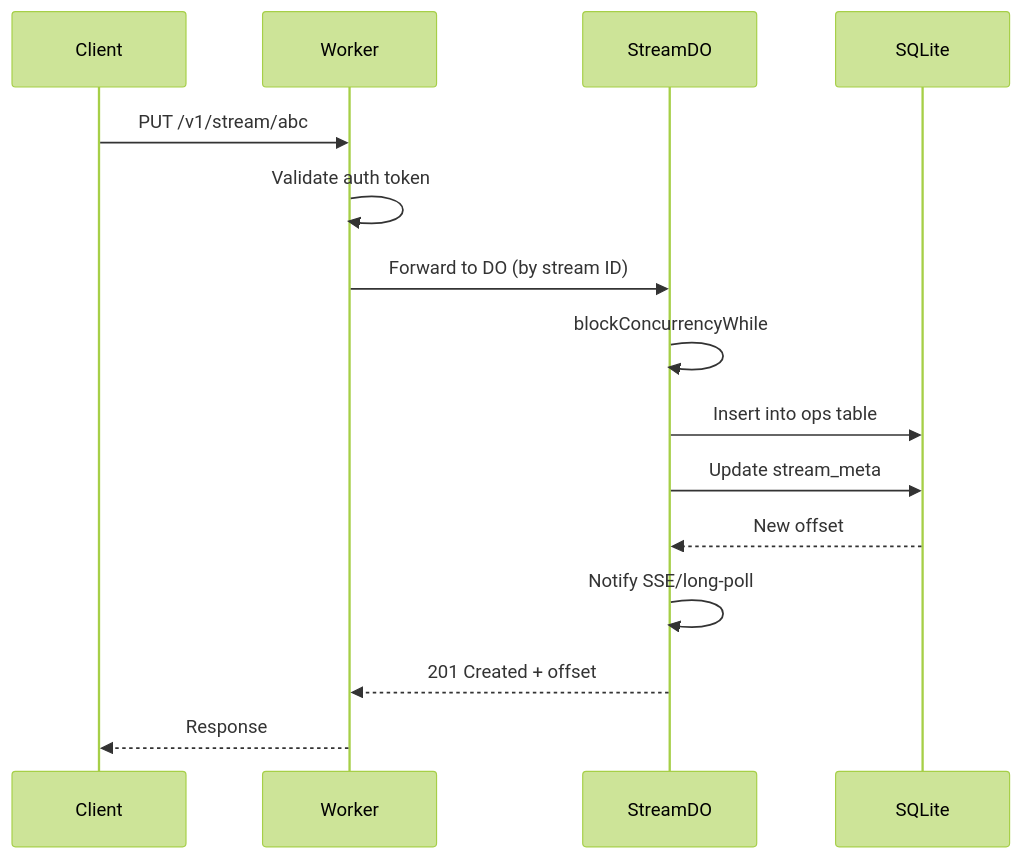
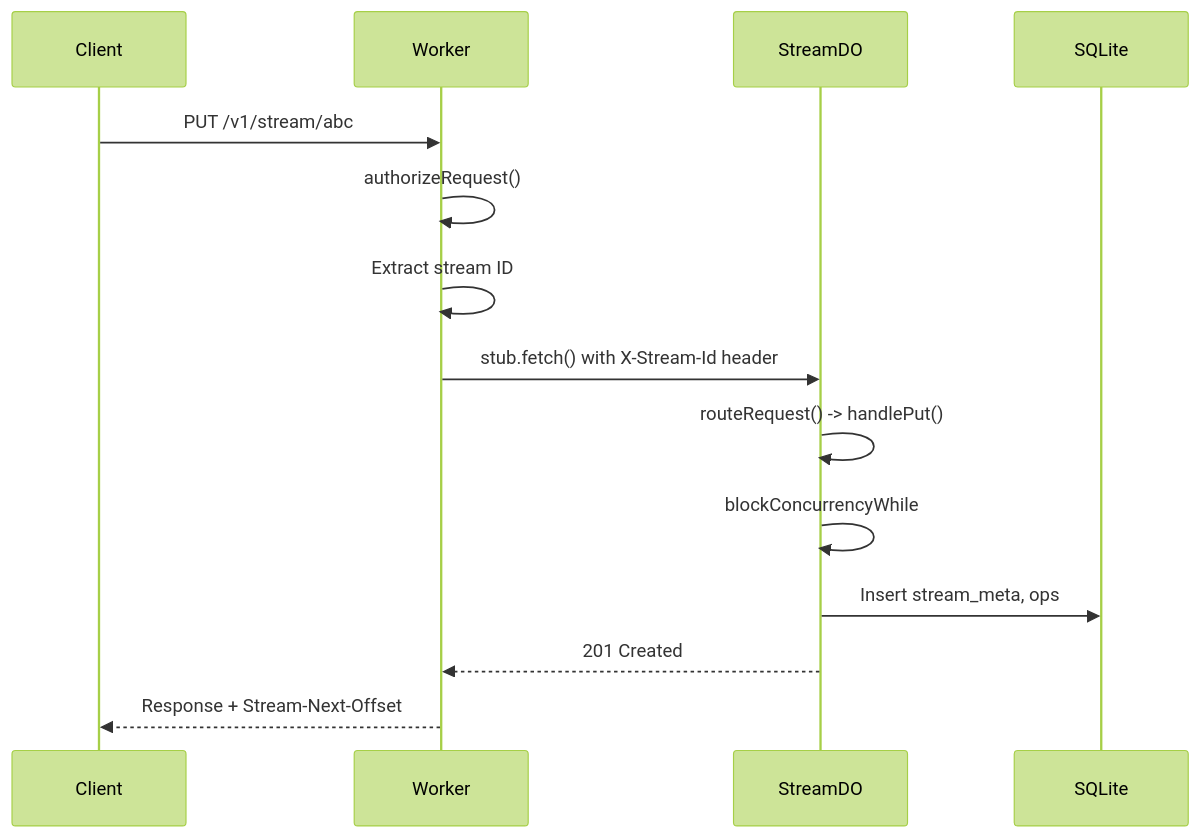
The first of 3 diagrams in packages/durable-stream-core/docs/walkthrough.md (commoncurriculum/durable-streams-cloudflare), drawn with Mermaid (forest theme) before and after one commit. The commit also changed other lines of this file and 2 other files, not shown here.

````diff
--- a/packages/durable-stream-core/docs/walkthrough.md
+++ b/packages/durable-stream-core/docs/walkthrough.md
@@ -192,18 +116,17 @@
 ```mermaid
 sequenceDiagram
     participant C as Client
     participant W as Worker
     participant DO as StreamDO
-    participant S as SQLite
+    participant SQL as SQLite
 
     C->>W: PUT /v1/stream/abc
-    W->>W: Validate auth token
-    W->>DO: Forward to DO (by stream ID)
+    W->>W: authorizeRequest()
+    W->>W: Extract stream ID
+    W->>DO: stub.fetch() with X-Stream-Id header
+    DO->>DO: routeRequest() -> handlePut()
     DO->>DO: blockConcurrencyWhile
-    DO->>S: Insert into ops table
-    DO->>S: Update stream_meta
-    S-->>DO: New offset
-    DO->>DO: Notify SSE/long-poll
-    DO-->>W: 201 Created + offset
-    W-->>C: Response
+    DO->>SQL: Insert stream_meta, ops
+    DO-->>W: 201 Created
+    W-->>C: Response + Stream-Next-Offset
 ```
````
